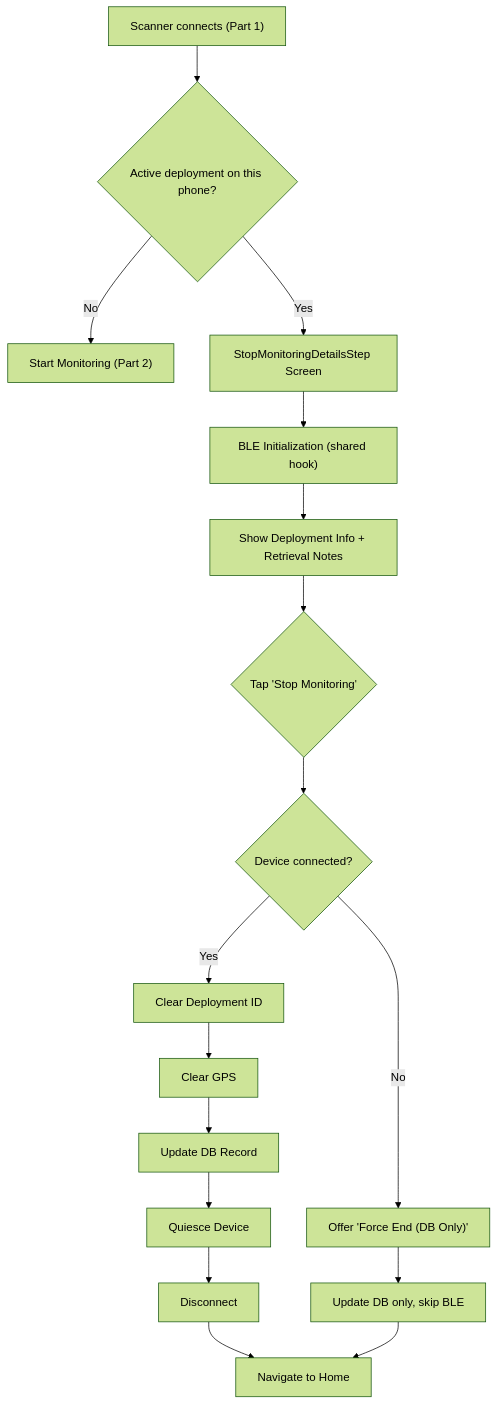
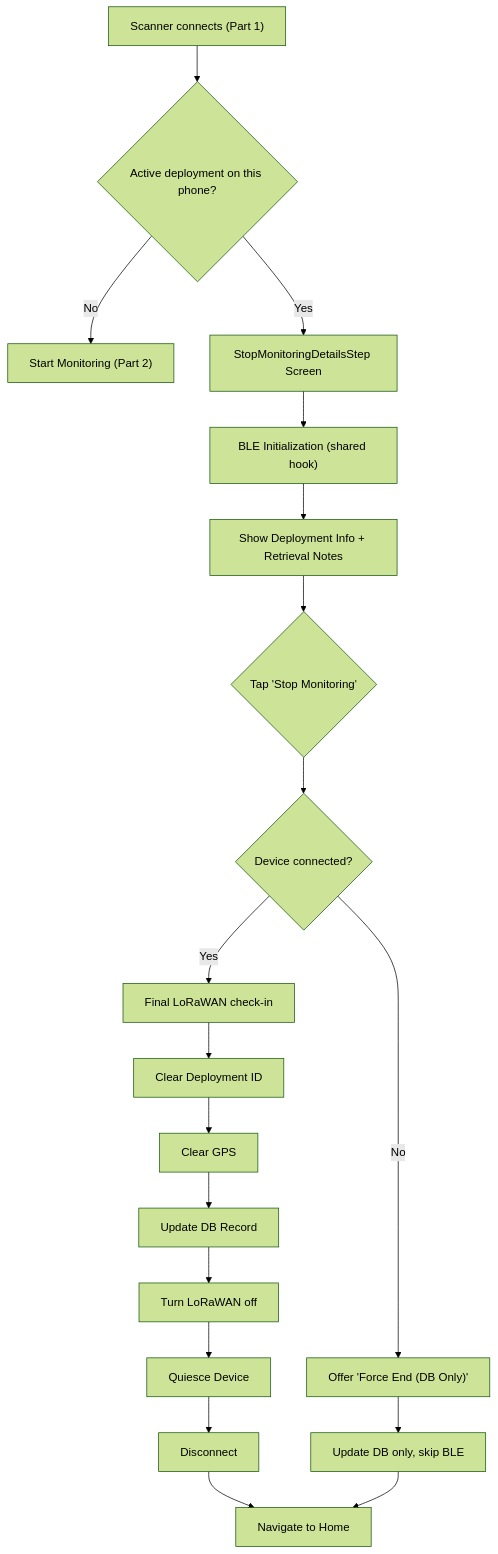
Before and after one commit to wildlifeai/ww-mobile-app: the third of 3 diagrams in documentation/onboarding/05-DEVICE-FLOWS.md, drawn with Mermaid (forest theme). The commit also changed other lines of this file and 11 other files, not shown here.

First line of the commit message:
feat(lorawan): send a final check-in at Stop Monitoring, then turn LoRaWAN off (#557)

````diff
--- a/documentation/onboarding/05-DEVICE-FLOWS.md
+++ b/documentation/onboarding/05-DEVICE-FLOWS.md
@@ -392,21 +392,23 @@
 ```mermaid
 flowchart TD
     A["Scanner connects (Part 1)"] --> B{"Active deployment on this phone?"}
     B -- No --> C["Start Monitoring (Part 2)"]
     B -- Yes --> D["StopMonitoringDetailsStep Screen"]
     
     D --> E["BLE Initialization (shared hook)"]
     E --> F["Show Deployment Info + Retrieval Notes"]
     F --> G{"Tap 'Stop Monitoring'"}
     G --> H{"Device connected?"}
     H -- No --> I["Offer 'Force End (DB Only)'"]
-    H -- Yes --> J["Clear Deployment ID"]
+    H -- Yes --> J0["Final LoRaWAN check-in"]
+    J0 --> J["Clear Deployment ID"]
     J --> K["Clear GPS"]
     K --> L["Update DB Record"]
-    L --> M["Quiesce Device"]
+    L --> L2["Turn LoRaWAN off"]
+    L2 --> M["Quiesce Device"]
     M --> N["Disconnect"]
     N --> O["Navigate to Home"]
     
     I --> P["Update DB only, skip BLE"]
     P --> O
 ```
````
